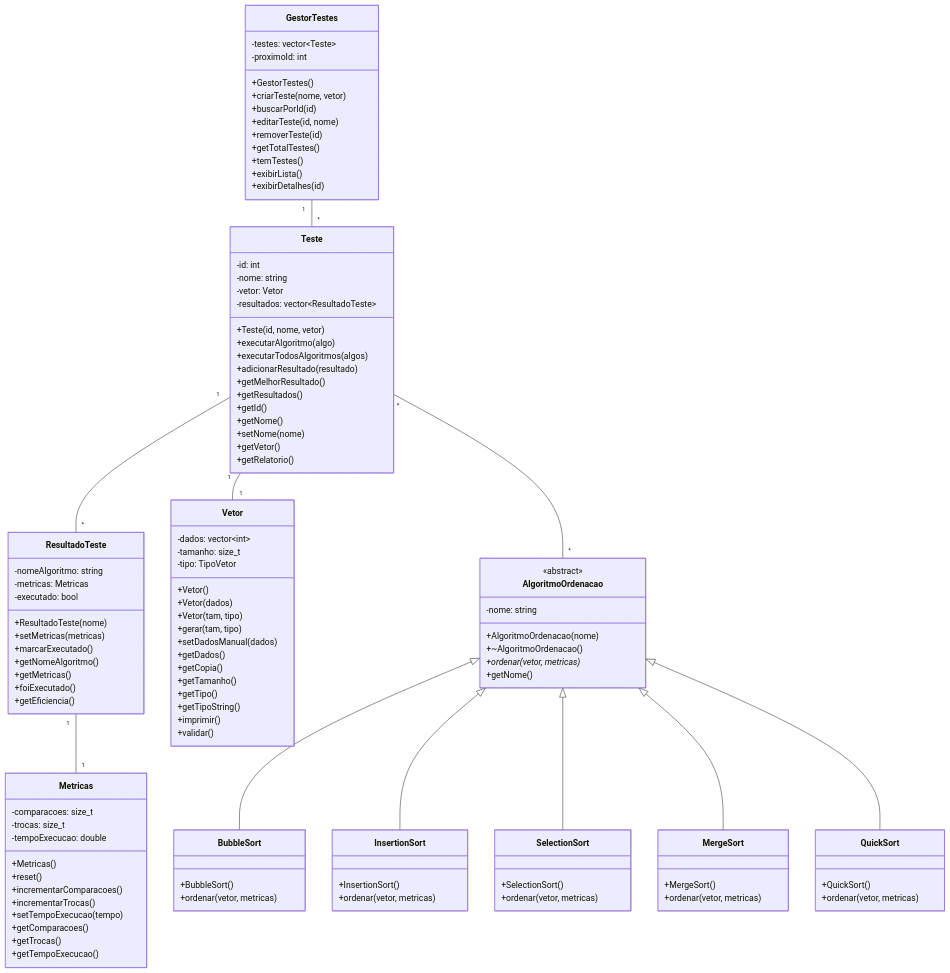
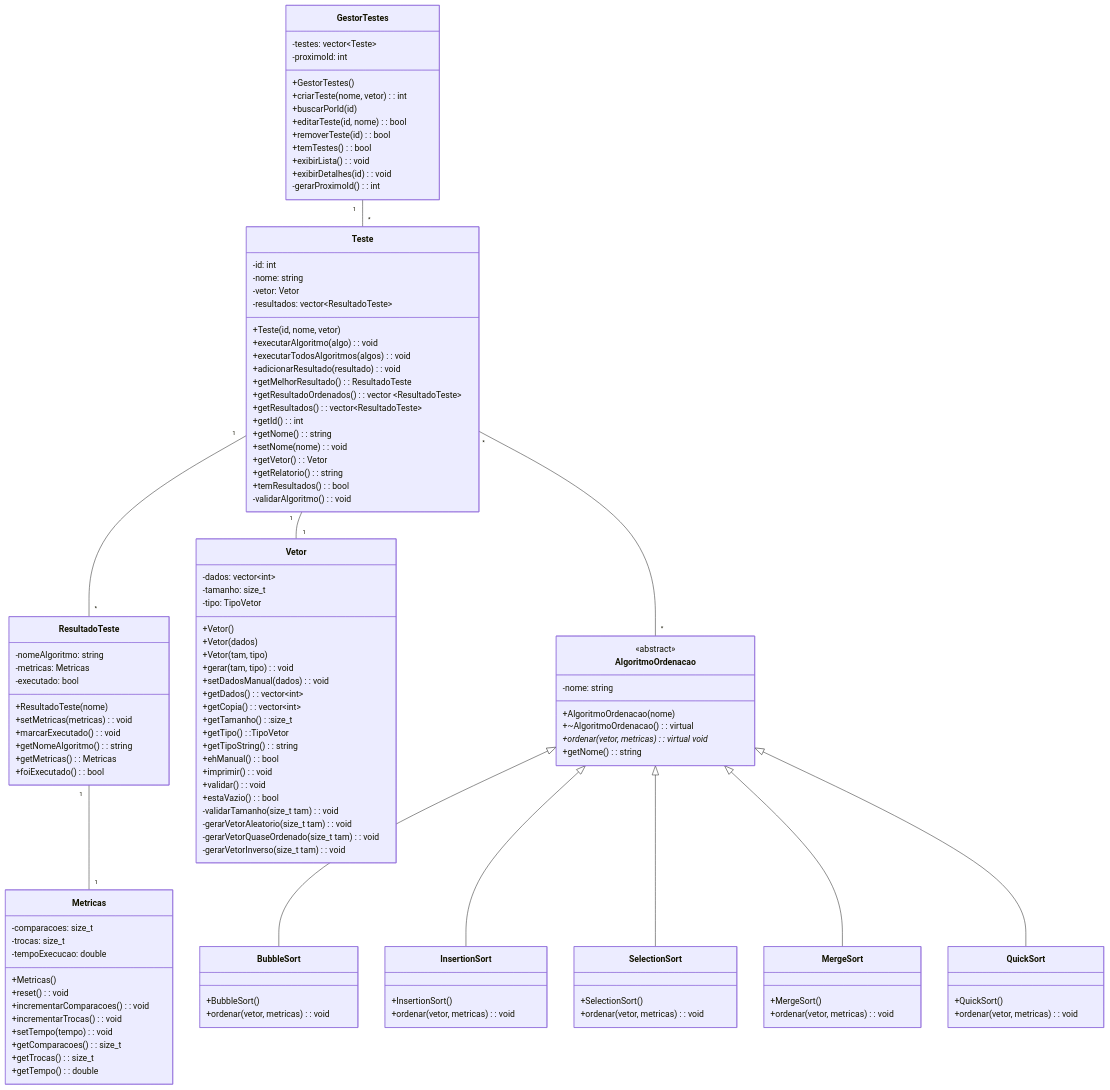
The diagram in diagrama/diagrama.md (fernandanasc/gestor-algoritmos-ordenacao), drawn with Mermaid before and after one commit. The commit also changed other lines of this file, not shown here.

Commit message:
atualizacao do codigo diagrama uml

```diff
--- a/diagrama/diagrama.md
+++ b/diagrama/diagrama.md
@@ -11,34 +11,34 @@
         <<abstract>>
         -nome: string
         +AlgoritmoOrdenacao(nome)
-        +~AlgoritmoOrdenacao()
-        +ordenar(vetor, metricas)*
-        +getNome()
+        +~AlgoritmoOrdenacao(): virtual
+        +ordenar(vetor, metricas)*: virtual void
+        +getNome(): string
     }
 
     class BubbleSort {
         +BubbleSort()
-        +ordenar(vetor, metricas)
+        +ordenar(vetor, metricas): void
     }
 
     class InsertionSort {
         +InsertionSort()
-        +ordenar(vetor, metricas)
+        +ordenar(vetor, metricas): void
     }
 
     class SelectionSort {
         +SelectionSort()
-        +ordenar(vetor, metricas)
+        +ordenar(vetor, metricas): void
     }
 
     class MergeSort {
         +MergeSort()
-        +ordenar(vetor, metricas)
+        +ordenar(vetor, metricas): void
     }
 
     class QuickSort {
         +QuickSort()
-        +ordenar(vetor, metricas)
+        +ordenar(vetor, metricas): void
     }
 
     class Vetor {
@@ -48,15 +48,21 @@
         +Vetor()
         +Vetor(dados)
         +Vetor(tam, tipo)
-        +gerar(tam, tipo)
-        +setDadosManual(dados)
-        +getDados()
-        +getCopia()
-        +getTamanho()
-        +getTipo()
-        +getTipoString()
-        +imprimir()
-        +validar()
+        +gerar(tam, tipo): void
+        +setDadosManual(dados): void
+        +getDados(): vector~int~
+        +getCopia(): vector~int~
+        +getTamanho():size_t
+        +getTipo():TipoVetor
+        +getTipoString(): string
+        +ehManual(): bool
+        +imprimir(): void
+        +validar(): void
+        +estaVazio(): bool
+        -validarTamanho(size_t tam): void
+        -gerarVetorAleatorio(size_t tam): void
+        -gerarVetorQuaseOrdenado(size_t tam): void
+        -gerarVetorInverso(size_t tam): void
     }
 
     class Metricas {
@@ -64,13 +70,13 @@
         -trocas: size_t
         -tempoExecucao: double
         +Metricas()
-        +reset()
-        +incrementarComparacoes()
-        +incrementarTrocas()
-        +setTempoExecucao(tempo)
-        +getComparacoes()
-        +getTrocas()
-        +getTempoExecucao()
+        +reset(): void
+        +incrementarComparacoes(): void
+        +incrementarTrocas(): void
+        +setTempo(tempo): void
+        +getComparacoes(): size_t
+        +getTrocas(): size_t
+        +getTempo(): double
     }
 
     class ResultadoTeste {
@@ -78,12 +84,11 @@
         -metricas: Metricas
         -executado: bool
         +ResultadoTeste(nome)
-        +setMetricas(metricas)
-        +marcarExecutado()
-        +getNomeAlgoritmo()
-        +getMetricas()
-        +foiExecutado()
-        +getEficiencia()
+        +setMetricas(metricas): void
+        +marcarExecutado(): void
+        +getNomeAlgoritmo(): string
+        +getMetricas(): Metricas
+        +foiExecutado(): bool
     }
 
     class Teste {
@@ -92,30 +97,33 @@
         -vetor: Vetor
         -resultados: vector~ResultadoTeste~
         +Teste(id, nome, vetor)
-        +executarAlgoritmo(algo)
-        +executarTodosAlgoritmos(algos)
-        +adicionarResultado(resultado)
-        +getMelhorResultado()
-        +getResultados()
-        +getId()
-        +getNome()
-        +setNome(nome)
-        +getVetor()
-        +getRelatorio()
+        +executarAlgoritmo(algo): void
+        +executarTodosAlgoritmos(algos): void
+        +adicionarResultado(resultado): void
+        +getMelhorResultado(): ResultadoTeste
+        +getResultadoOrdenados(): vector ~ResultadoTeste~
+        +getResultados(): vector~ResultadoTeste~
+        +getId(): int
+        +getNome(): string
+        +setNome(nome): void
+        +getVetor(): Vetor
+        +getRelatorio(): string
+        +temResultados(): bool
+        -validarAlgoritmo(): void
     }
 
     class GestorTestes {
         -testes: vector~Teste~
         -proximoId: int
         +GestorTestes()
-        +criarTeste(nome, vetor)
+        +criarTeste(nome, vetor): int
         +buscarPorId(id)
-        +editarTeste(id, nome)
-        +removerTeste(id)
-        +getTotalTestes()
-        +temTestes()
-        +exibirLista()
-        +exibirDetalhes(id)
+        +editarTeste(id, nome): bool
+        +removerTeste(id): bool
+        +temTestes(): bool
+        +exibirLista(): void
+        +exibirDetalhes(id): void
+        -gerarProximoId(): int
     }
 
     AlgoritmoOrdenacao <|-- BubbleSort
```
